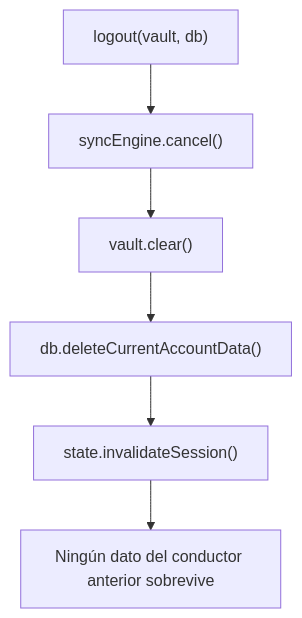
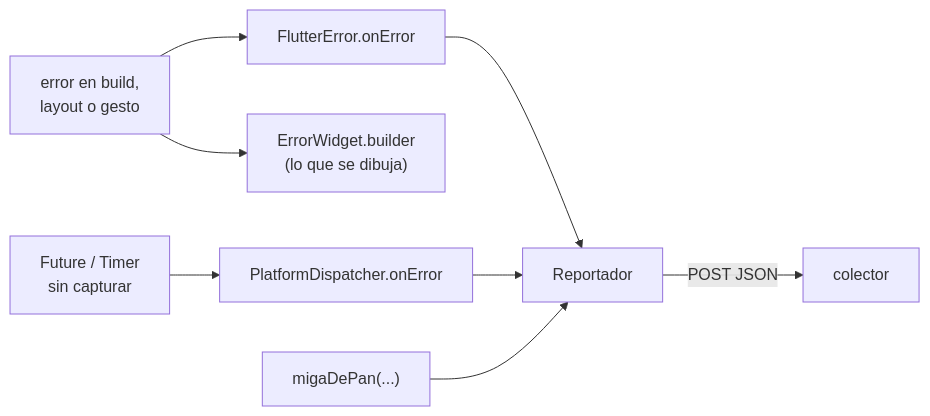
Before and after one commit to NICORUIZ93/The_Imperial_Book: the first of 4 diagrams in web/public/content/flutter/modulo-13.md, drawn with Mermaid. The commit also changed other lines of this file and 5 other files, not shown here.

````diff
--- a/web/public/content/flutter/modulo-13.md
+++ b/web/public/content/flutter/modulo-13.md
@@ -153,8 +114,10 @@
 ```mermaid
-flowchart TD
-    A["logout(vault, db)"] --> B["syncEngine.cancel()"]
-    B --> C["vault.clear()"]
-    C --> D["db.deleteCurrentAccountData()"]
-    D --> E["state.invalidateSession()"]
-    E --> F["Ningún dato del conductor anterior sobrevive"]
+flowchart LR
+    B["error en build,<br/>layout o gesto"] --> FE["FlutterError.onError"]
+    B --> EW["ErrorWidget.builder<br/>(lo que se dibuja)"]
+    A["Future / Timer<br/>sin capturar"] --> PD["PlatformDispatcher.onError"]
+    FE --> R["Reportador"]
+    PD --> R
+    M["migaDePan(...)"] --> R
+    R -->|"POST JSON"| C["colector"]
 ```
````
